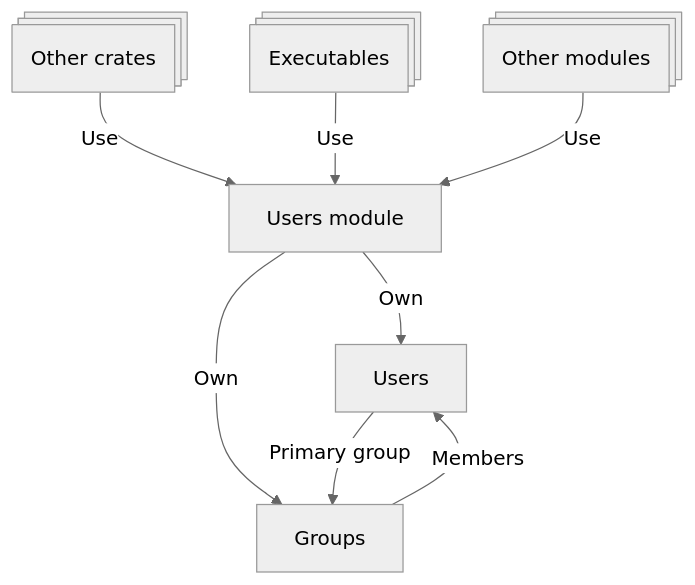
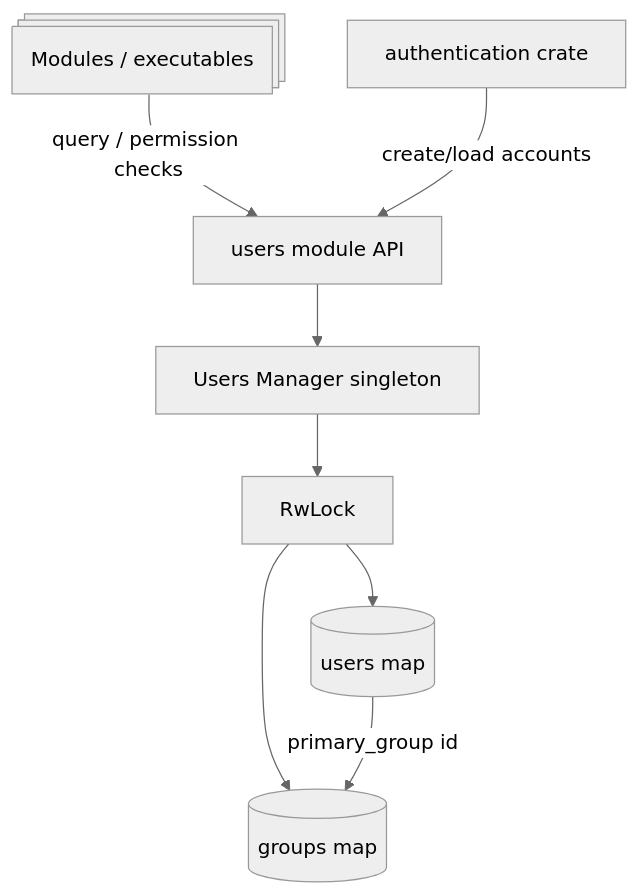
One commit to Xila-Project/Website changed the diagram in src/guide/architecture/modules/users.md. Above: the diagram before and after it, drawn with Mermaid (neutral theme). The commit also changed 7 other files, not shown here.

Commit message:
feat: update architecture diagrams for modules with improved clarity and detail

````diff
--- a/src/guide/architecture/modules/users.md
+++ b/src/guide/architecture/modules/users.md
@@ -31,20 +31,20 @@
 ```mermaid
 graph TD
-    Other_crates@{ shape: processes, label: "Other crates" }
-    Executables@{ shape: processes, label: "Executables" }
-    Other_modules@{ shape: processes, label: "Other modules" }
-    Users_module[Users module]
-    Users[Users]
-    Groups[Groups]
+    Clients@{ shape: processes, label: "Modules / executables" }
+    Auth[authentication crate]
+    UsersAPI[users module API]
+    Manager[Users Manager singleton]
+    Lock[RwLock]
+    UsersMap[(users map)]
+    GroupsMap[(groups map)]
 
-    Other_crates -->|Use| Users_module
-    Executables -->|Use| Users_module
-    Other_modules -->|Use| Users_module
-    Users_module -->|Own| Users
-    Users_module -->|Own| Groups
-
-    Users -->|Primary group| Groups
-    Groups -->|Members| Users
+    Clients -->|query / permission checks| UsersAPI
+    Auth -->|create/load accounts| UsersAPI
+    UsersAPI --> Manager
+    Manager --> Lock
+    Lock --> UsersMap
+    Lock --> GroupsMap
+    UsersMap -->|primary_group id| GroupsMap
 
 
 ```
````
